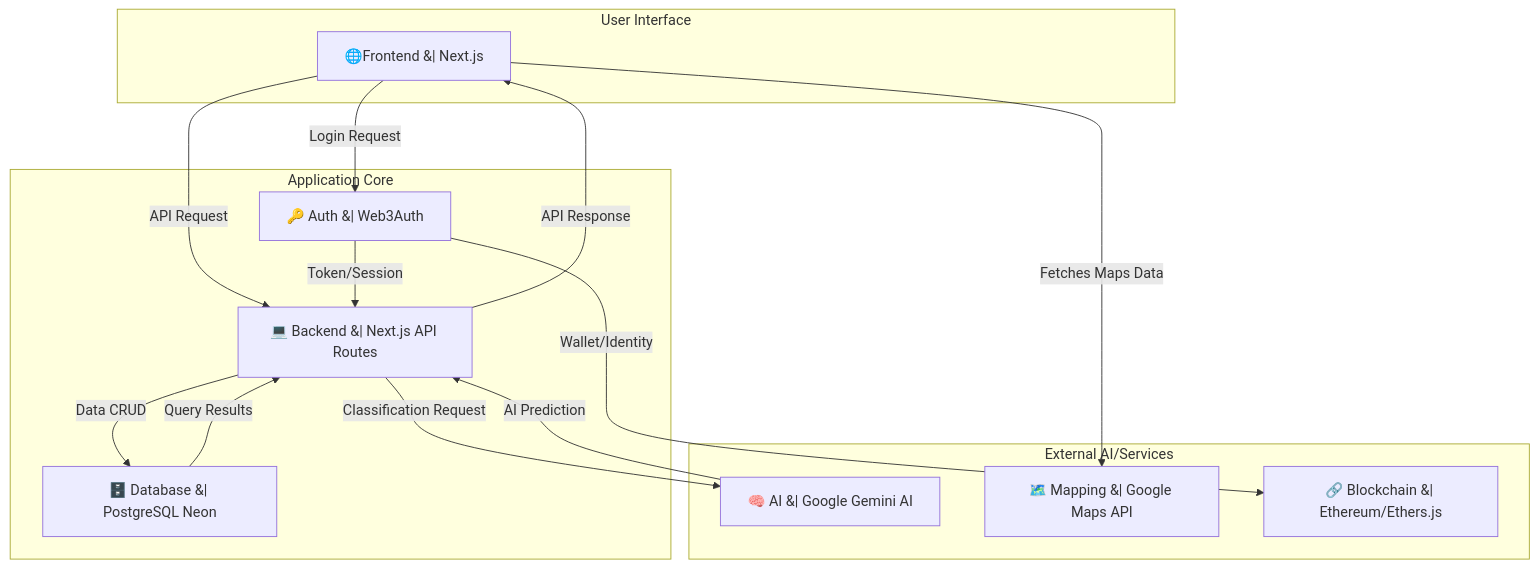
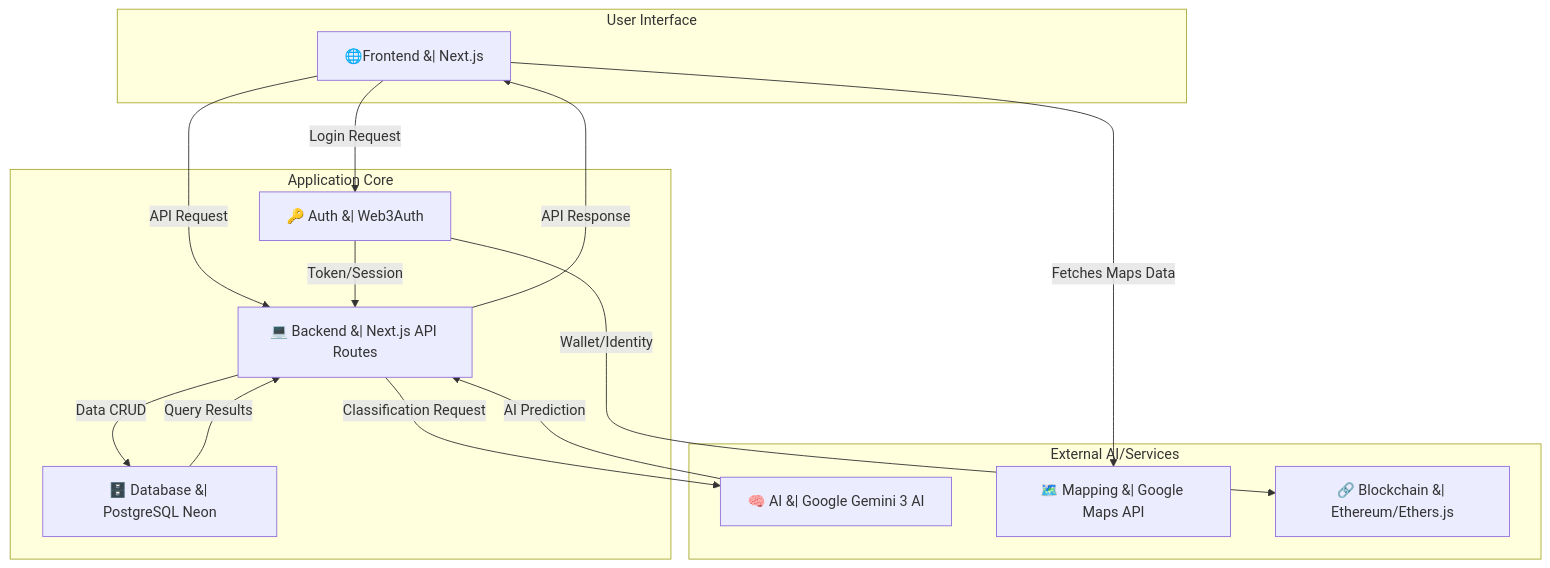
One commit to ayushkumar1991/EchoWise-AI changed the diagram in README.md. Above: the diagram before and after it, drawn with Mermaid. The commit also changed other lines of this file, not shown here.

First line of the commit message:
Update README to reflect Google Gemini 3

````diff
--- a/README.md
+++ b/README.md
@@ -108,36 +107,36 @@
 ```mermaid
 graph TB
 
     subgraph "User Interface"
         A[🌐Frontend &#124; Next.js]
     end
 
     subgraph "Application Core"
         B[💻 Backend &#124; Next.js API Routes]
         C[🔑 Auth &#124; Web3Auth]
         D[🗄️ Database &#124; PostgreSQL Neon]
     end
 
     subgraph "External AI/Services"
-        E[🧠 AI &#124; Google Gemini AI]
+        E[🧠 AI &#124; Google Gemini 3 AI]
         F[🗺️ Mapping &#124; Google Maps API]
         G[🔗 Blockchain &#124; Ethereum/Ethers.js]
     end
 
     %% Frontend Interactions
     A -- API Request --> B
     A -- Login Request --> C
     A -- Fetches Maps Data --> F
 
     %% Core Logic Flow
     B -- Data CRUD --> D
     D -- Query Results --> B
     B -- Classification Request --> E
     E -- AI Prediction --> B
     C -- Token/Session --> B
     C -- Wallet/Identity --> G
 
     %% Final Response
     B -- API Response --> A
 
 ```
````
